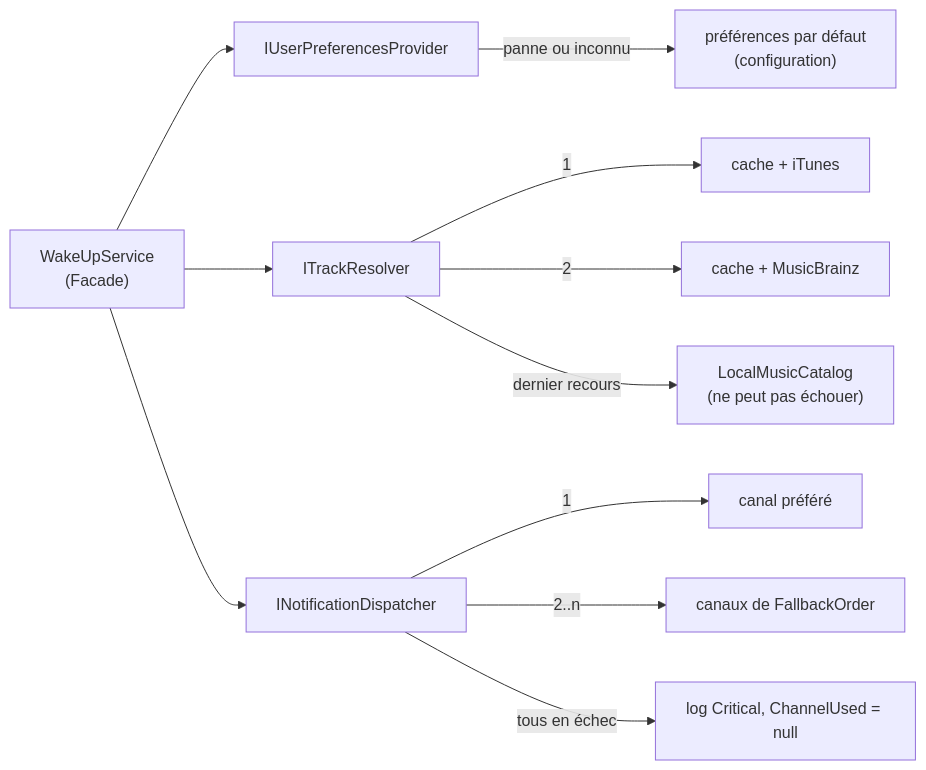
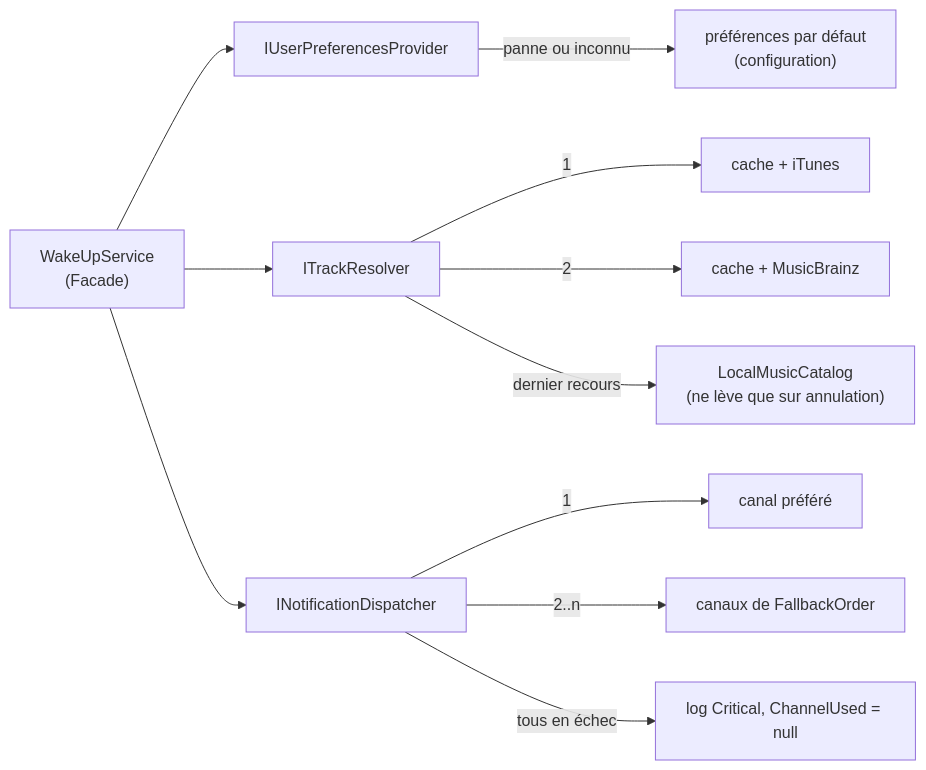
One commit to LaChevrenen/Julien_ANDRADE-reveil-musical changed the second of 2 diagrams in docs/ARCHITECTURE.md. Above: the diagram before and after it, drawn with Mermaid. The commit also changed other lines of this file and 4 other files, not shown here.

Commit message:
fix: respecte l'annulation dans LocalMusicCatalog

````diff
--- a/docs/ARCHITECTURE.md
+++ b/docs/ARCHITECTURE.md
@@ -46,19 +46,19 @@
 ```mermaid
 graph LR
     W["WakeUpService<br/>(Facade)"]
     P["IUserPreferencesProvider"]
     R["ITrackResolver"]
     D["INotificationDispatcher"]
 
     W --> P
     W --> R
     W --> D
 
     P -->|panne ou inconnu| PD["préférences par défaut<br/>(configuration)"]
     R -->|1| C1["cache + iTunes"]
     R -->|2| C2["cache + MusicBrainz"]
-    R -->|dernier recours| L["LocalMusicCatalog<br/>(ne peut pas échouer)"]
+    R -->|dernier recours| L["LocalMusicCatalog<br/>(ne lève que sur annulation)"]
     D -->|1| N1["canal préféré"]
     D -->|2..n| N2["canaux de FallbackOrder"]
     D -->|tous en échec| N3["log Critical, ChannelUsed = null"]
 ```
````
